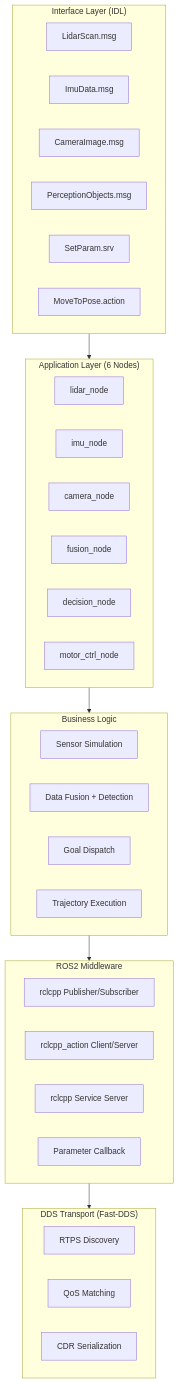
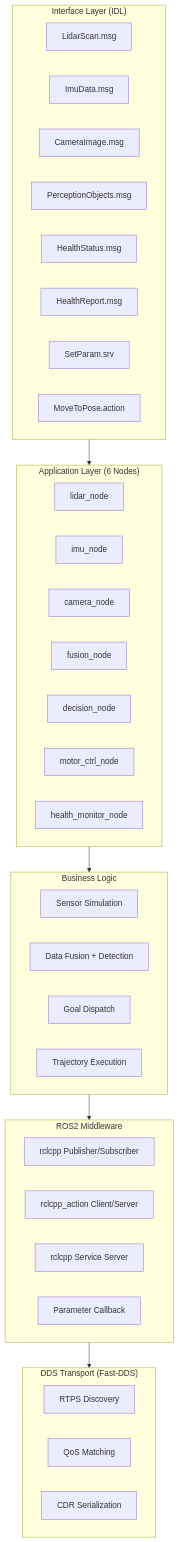
Before and after one commit to guang-lee-cn/ros2_robot_middleware: the second of 2 diagrams in mdDoc/02-design-doc.md, drawn with Mermaid. The commit also changed other lines of this file and 4 other files, not shown here.

First line of the commit message:
docs: update PRD, design, README, CHANGELOG with Phase 13 health monitor

````diff
--- a/mdDoc/02-design-doc.md
+++ b/mdDoc/02-design-doc.md
@@ -46,49 +60,52 @@
 ```mermaid
 flowchart TB
     subgraph Interface["Interface Layer (IDL)"]
         direction LR
         M1["LidarScan.msg"]
         M2["ImuData.msg"]
         M3["CameraImage.msg"]
         M4["PerceptionObjects.msg"]
+        M5["HealthStatus.msg"]
+        M6["HealthReport.msg"]
         S1["SetParam.srv"]
         A1["MoveToPose.action"]
     end
 
     subgraph App["Application Layer (6 Nodes)"]
         direction LR
         N1["lidar_node"]
         N2["imu_node"]
         N3["camera_node"]
         N4["fusion_node"]
         N5["decision_node"]
         N6["motor_ctrl_node"]
+        N7["health_monitor_node"]
     end
 
     subgraph Logic["Business Logic"]
         direction LR
         BL1["Sensor Simulation"]
         BL2["Data Fusion + Detection"]
         BL3["Goal Dispatch"]
         BL4["Trajectory Execution"]
     end
 
     subgraph ROS2["ROS2 Middleware"]
         direction LR
         R1["rclcpp Publisher/Subscriber"]
         R2["rclcpp_action Client/Server"]
         R3["rclcpp Service Server"]
         R4["Parameter Callback"]
     end
 
     subgraph DDS["DDS Transport (Fast-DDS)"]
         D1["RTPS Discovery"]
         D2["QoS Matching"]
         D3["CDR Serialization"]
     end
 
     Interface --> App
     App --> Logic
     Logic --> ROS2
     ROS2 --> DDS
 ```
````
